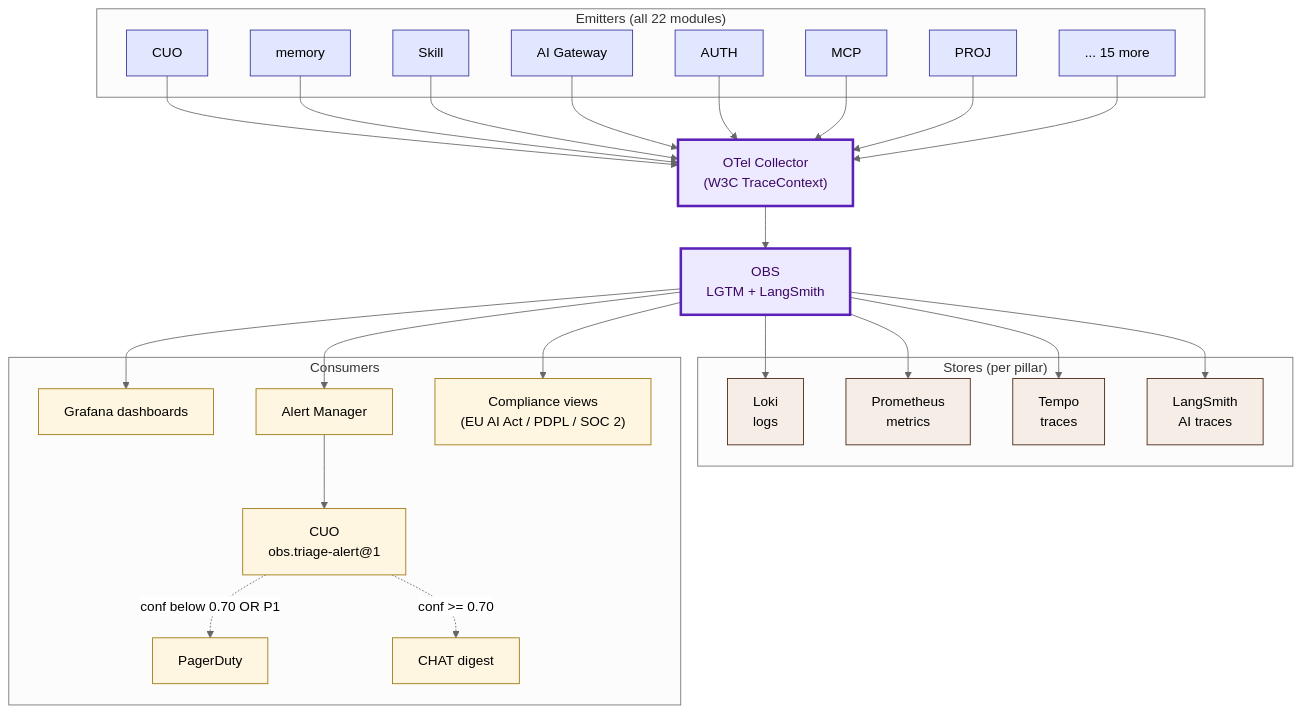
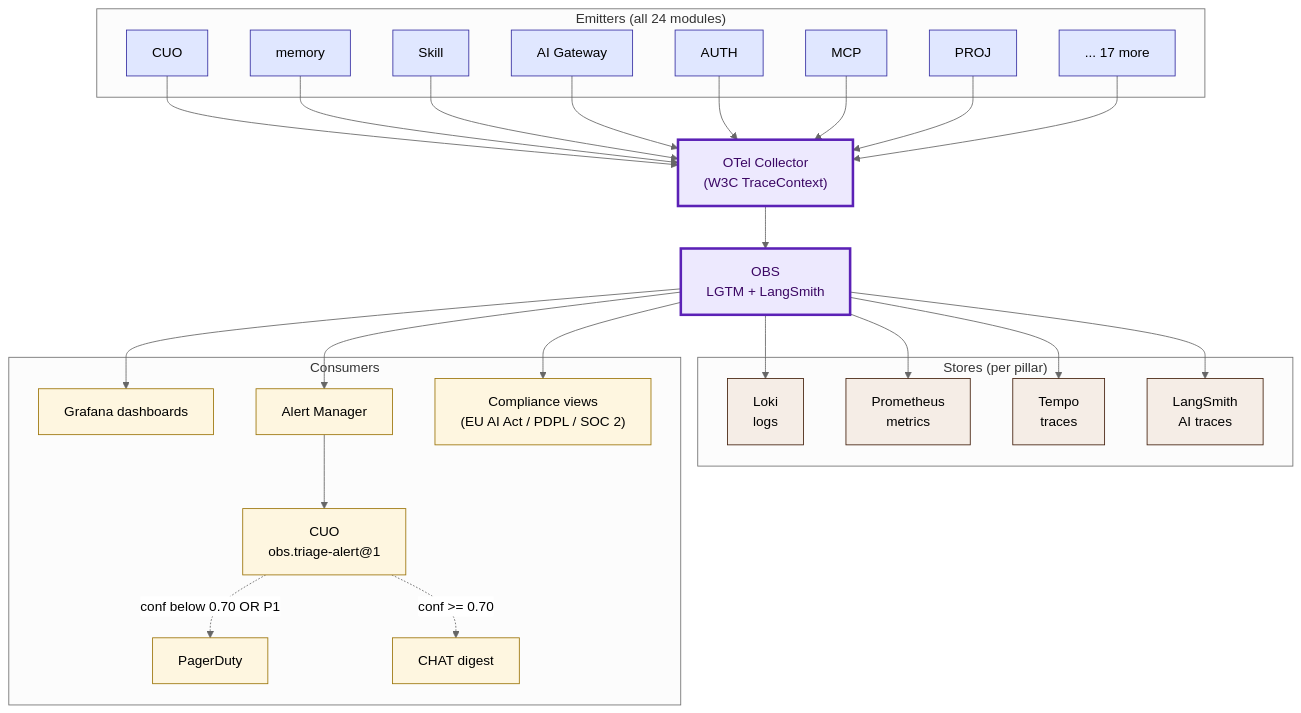
One commit to cyberskill-official/cyberos changed the first of 11 diagrams in services/obs-collector/docs/index.md. Above: the diagram before and after it, drawn with Mermaid (neutral theme). The commit also changed other lines of this file and 20 other files, not shown here.

````diff
--- a/services/obs-collector/docs/index.md
+++ b/services/obs-collector/docs/index.md
@@ -40,56 +40,56 @@
 ```mermaid
 flowchart TB
-  subgraph emitters["Emitters (all 22 modules)"]
+  subgraph emitters["Emitters (all 24 modules)"]
     CUO["CUO"]
     memory["memory"]
     SKILL["Skill"]
     AI["AI Gateway"]
     AUTH["AUTH"]
     MCP["MCP"]
     PROJ["PROJ"]
-    N["... 15 more"]
+    N["... 17 more"]
   end
   COLLECT["OTel Collector<br/>(W3C TraceContext)"]
   OBS["OBS<br/>LGTM + LangSmith"]
   subgraph stores["Stores (per pillar)"]
     LOKI["Loki<br/>logs"]
     PROM["Prometheus<br/>metrics"]
     TEMPO["Tempo<br/>traces"]
     LS["LangSmith<br/>AI traces"]
   end
   subgraph consumers["Consumers"]
     GRAF["Grafana dashboards"]
     ALERT["Alert Manager"]
     CUO_TRIAGE["CUO<br/>obs.triage-alert@1"]
     PAGER["PagerDuty"]
     CHAT["CHAT digest"]
     COMP["Compliance views<br/>(EU AI Act / PDPL / SOC 2)"]
   end
   CUO --> COLLECT
   memory --> COLLECT
   SKILL --> COLLECT
   AI --> COLLECT
   AUTH --> COLLECT
   MCP --> COLLECT
   PROJ --> COLLECT
   N --> COLLECT
   COLLECT --> OBS
   OBS --> LOKI
   OBS --> PROM
   OBS --> TEMPO
   OBS --> LS
   OBS --> GRAF
   OBS --> ALERT
   ALERT --> CUO_TRIAGE
   CUO_TRIAGE -.->|"conf >= 0.70"| CHAT
   CUO_TRIAGE -.->|"conf below 0.70 OR P1"| PAGER
   OBS --> COMP
   classDef hub fill:#ede9fe,stroke:#5b21b6,stroke-width:3px,color:#3b0764
   classDef mod fill:#e0e7ff,stroke:#3730a3
   classDef store fill:#f5ede6,stroke:#45210e
   classDef consumer fill:#fef6e0,stroke:#9c750a
   class OBS,COLLECT hub
   class CUO,memory,SKILL,AI,AUTH,MCP,PROJ,N mod
   class LOKI,PROM,TEMPO,LS store
   class GRAF,ALERT,CUO_TRIAGE,PAGER,CHAT,COMP consumer
 ```
````
